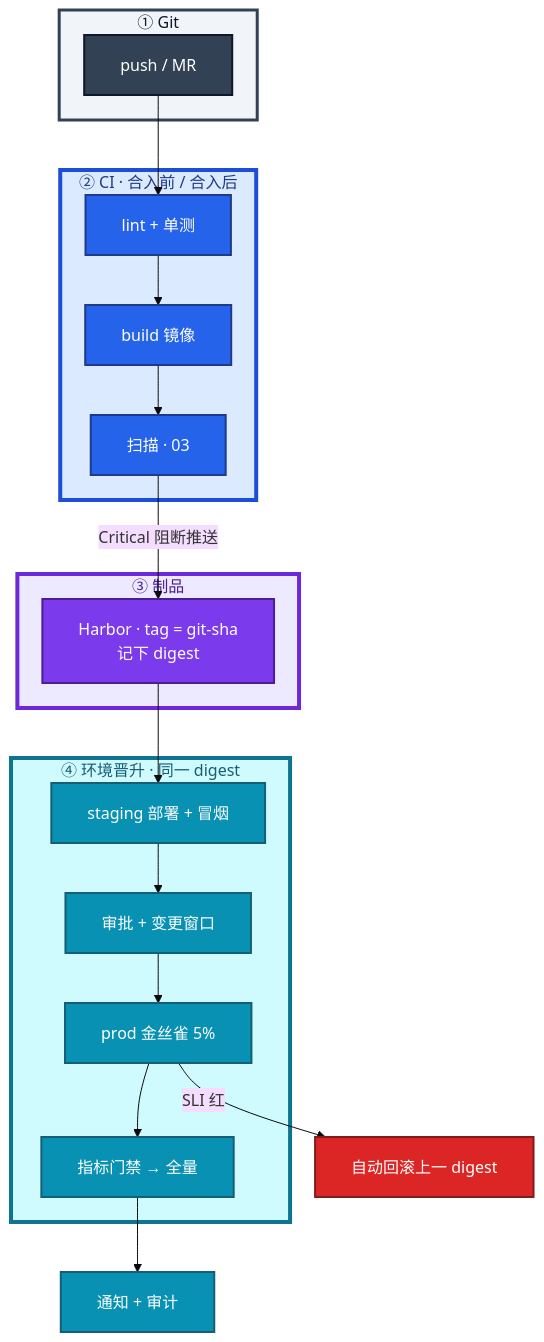
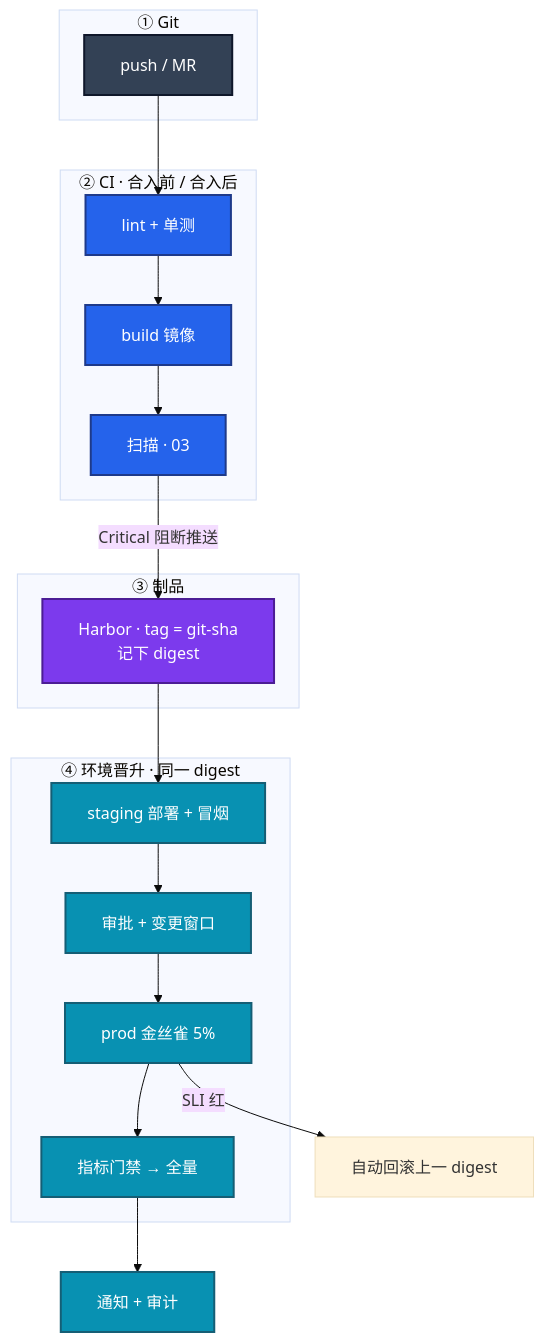
One commit to ml-cuizijun/LearnToLilith changed the second of 8 diagrams in 05-工程化与自动化/02-CI-CD/知识点.md. Above: the diagram before and after it, drawn with Mermaid. The commit also changed other lines of this file and 107 other files, not shown here.

````diff
--- a/05-工程化与自动化/02-CI-CD/知识点.md
+++ b/05-工程化与自动化/02-CI-CD/知识点.md
@@ -78,48 +82,42 @@
 ```mermaid
 %%{init: {"flowchart": {"padding": 18, "nodeSpacing": 30, "rankSpacing": 50}, "theme": "base"}}%%
 flowchart TB
     subgraph git ["① Git"]
         push[push / MR]
     end
 
     subgraph ci ["② CI · 合入前 / 合入后"]
         lint[lint + 单测]
         build[build 镜像]
         scan[扫描 · 03]
         lint --> build --> scan
     end
 
     subgraph art ["③ 制品"]
         hb["Harbor · tag = git-sha<br/>记下 digest"]
     end
 
     subgraph cd ["④ 环境晋升 · 同一 digest"]
         stg[staging 部署 + 冒烟]
         appr[审批 + 变更窗口]
         can[prod 金丝雀 5%]
         full[指标门禁 → 全量]
         stg --> appr --> can --> full
     end
 
     push --> lint
     scan -->|"Critical 阻断推送"| hb
     hb --> stg
     full --> ok[通知 + 审计]
     can -->|"SLI 红"| rb[自动回滚上一 digest]
 
     classDef gitC fill:#334155,stroke:#0F172A,stroke-width:2px,color:#fff
     classDef ciC fill:#2563EB,stroke:#1E3A8A,stroke-width:2px,color:#fff
     classDef artC fill:#7C3AED,stroke:#4C1D95,stroke-width:2px,color:#fff
     classDef cdC fill:#0891B2,stroke:#155E75,stroke-width:2px,color:#fff
-    classDef bad fill:#DC2626,stroke:#7F1D1D,stroke-width:2px,color:#fff
     class push gitC
     class lint,build,scan ciC
     class hb artC
     class stg,appr,can,full,ok cdC
-    class rb bad
-
-    style git fill:#F1F5F9,stroke:#334155,stroke-width:3px,color:#0F172A
-    style ci fill:#DBEAFE,stroke:#1D4ED8,stroke-width:4px,color:#1E3A8A
-    style art fill:#EDE9FE,stroke:#6D28D9,stroke-width:4px,color:#4C1D95
-    style cd fill:#CFFAFE,stroke:#0E7490,stroke-width:4px,color:#155E75
+    class rb fill:#DC2626,stroke:#7F1D1D,stroke-width:2px,color:#fff
 ```
````
